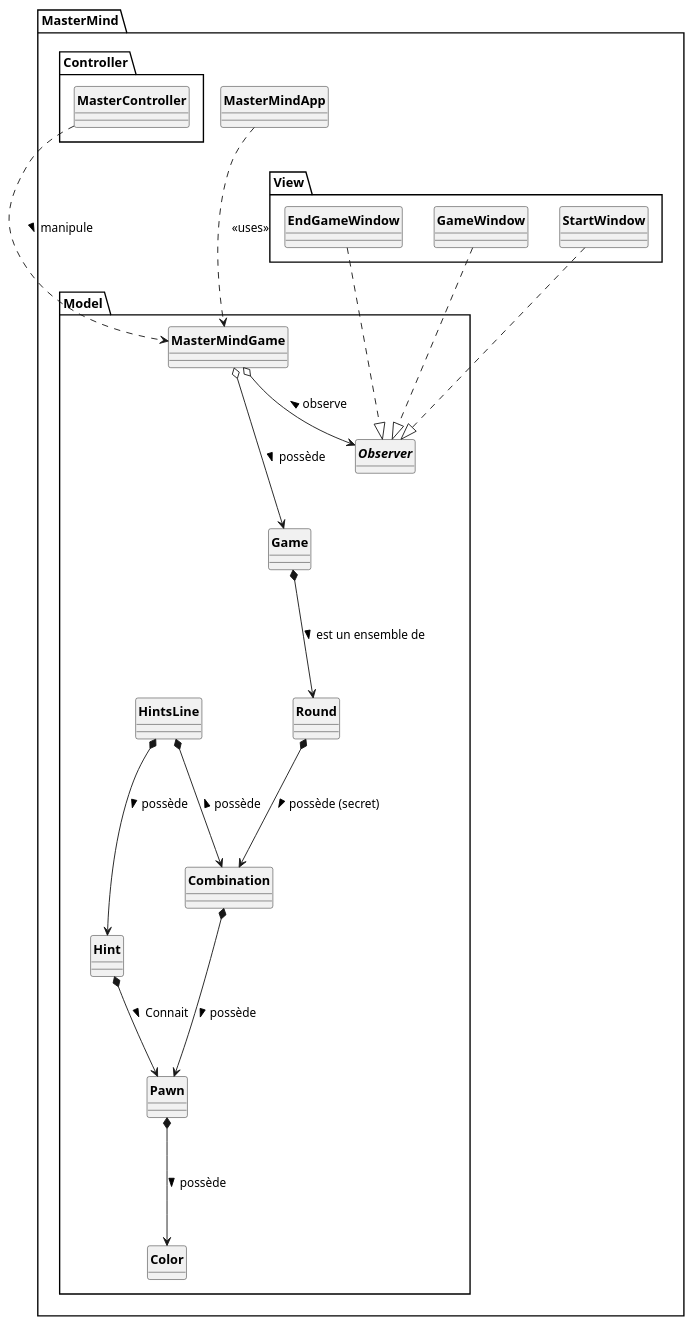
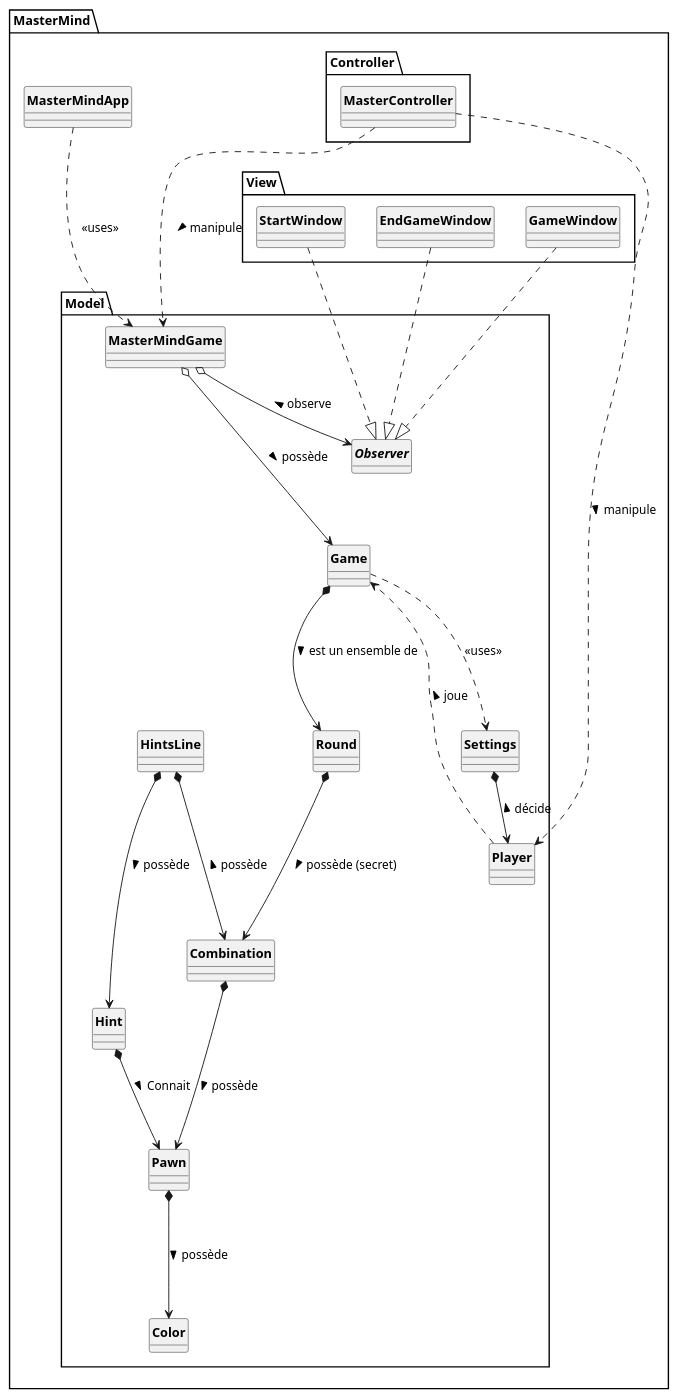
The diagram in MasterMind/src/UML/MasterMind.puml (dbrunstein/a31-mastermind-java), drawn with PlantUML before and after one commit. The commit also changed 2 other files, not shown here.

Commit message:
modif uml

```diff
--- a/MasterMind/src/UML/MasterMind.puml
+++ b/MasterMind/src/UML/MasterMind.puml
@@ -1,65 +1,73 @@
 @startuml
 'https://plantuml.com/class-diagram
 skinparam style strictuml
 skinparam classAttributeIconSize 0
 skinparam classFontStyle Bold
 hide enum methods
 hide interface attributes
 
 package MasterMind{
     class MasterMindApp{
     }
         package Controller{
             class MasterController{
             }
         }
         package Model {
             class MasterMindGame{
             }
             class Pawn{
             }
             enum Color{
             }
             class Hint{
             }
             class HintsLine{
             }
             interface Observer{
             }
             class Round{
             }
             class Game{
             }
             class Combination{
             }
+            class Player{
+            }
+            class Settings{
+            }
         }
         package View {
             class GameWindow {
             }
             class StartWindow{
             }
             class EndGameWindow{
             }
         }
 }
 
 'Base pas ouf mais c'est un début'
 '####VUES####'
 GameWindow ...|> Observer
 StartWindow ...|> Observer
 EndGameWindow ...|> Observer
 '####MODEL####'
 HintsLine *---> Hint : > possède
 Combination *---> Pawn : > possède
 Pawn *---> Color : > possède
 Game *---> Round : > est un ensemble de
 Hint *--> Pawn : > Connait
 HintsLine *---> Combination : < possède
 MasterMindGame o--> Observer : < observe
 Round *---> Combination : > possède (secret)
 MasterMindGame o---> Game : > possède
+Settings *--> Player : < décide
+Game ...> Settings : <<uses>>
+Player ..> Game : > joue
 '####CONTROLLER####'
 MasterController ...> MasterMindGame : > manipule
+MasterController ...> Player : > manipule
 '####MAIN####'
 MasterMindApp ...> MasterMindGame : <<uses>>
 @enduml
```
